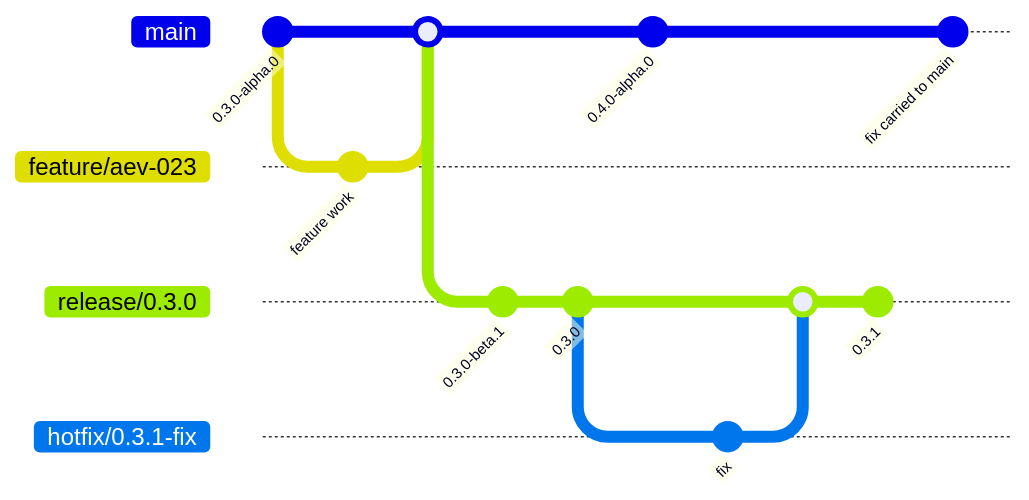
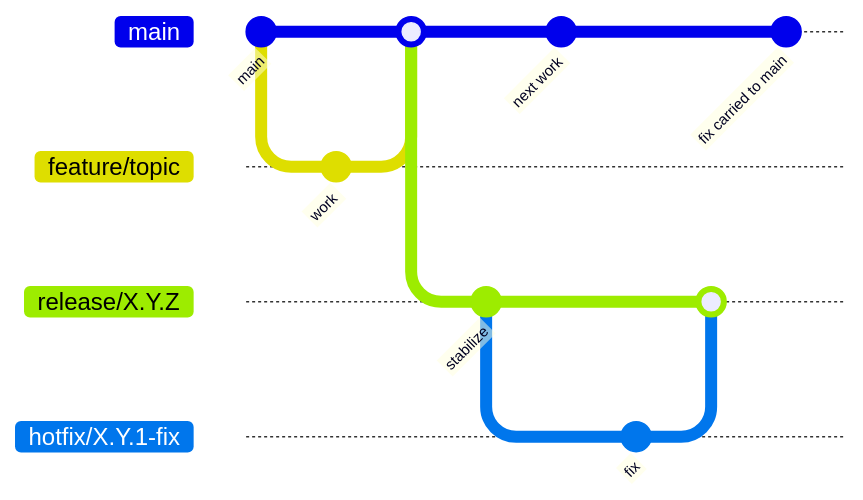
Before and after one commit to MohammadMokhalled/Aevox: the diagram in docs/contributing.md, drawn with Mermaid. The commit also changed other lines of this file and 4 other files, not shown here.

````diff
--- a/docs/contributing.md
+++ b/docs/contributing.md
@@ -22,24 +66,22 @@
 ```mermaid
 gitGraph
-    commit id: "0.3.0-alpha.0"
-    branch feature/aev-023
-    checkout feature/aev-023
-    commit id: "feature work"
+    commit id: "main"
+    branch feature/topic
+    checkout feature/topic
+    commit id: "work"
     checkout main
-    merge feature/aev-023
-    branch release/0.3.0
-    checkout release/0.3.0
-    commit id: "0.3.0-beta.1"
-    commit id: "0.3.0"
+    merge feature/topic
+    branch release/X.Y.Z
+    checkout release/X.Y.Z
+    commit id: "stabilize"
     checkout main
-    commit id: "0.4.0-alpha.0"
-    checkout release/0.3.0
-    branch hotfix/0.3.1-fix
-    checkout hotfix/0.3.1-fix
+    commit id: "next work"
+    checkout release/X.Y.Z
+    branch hotfix/X.Y.1-fix
+    checkout hotfix/X.Y.1-fix
     commit id: "fix"
-    checkout release/0.3.0
-    merge hotfix/0.3.1-fix
-    commit id: "0.3.1"
+    checkout release/X.Y.Z
+    merge hotfix/X.Y.1-fix
     checkout main
     commit id: "fix carried to main"
 ```
````
